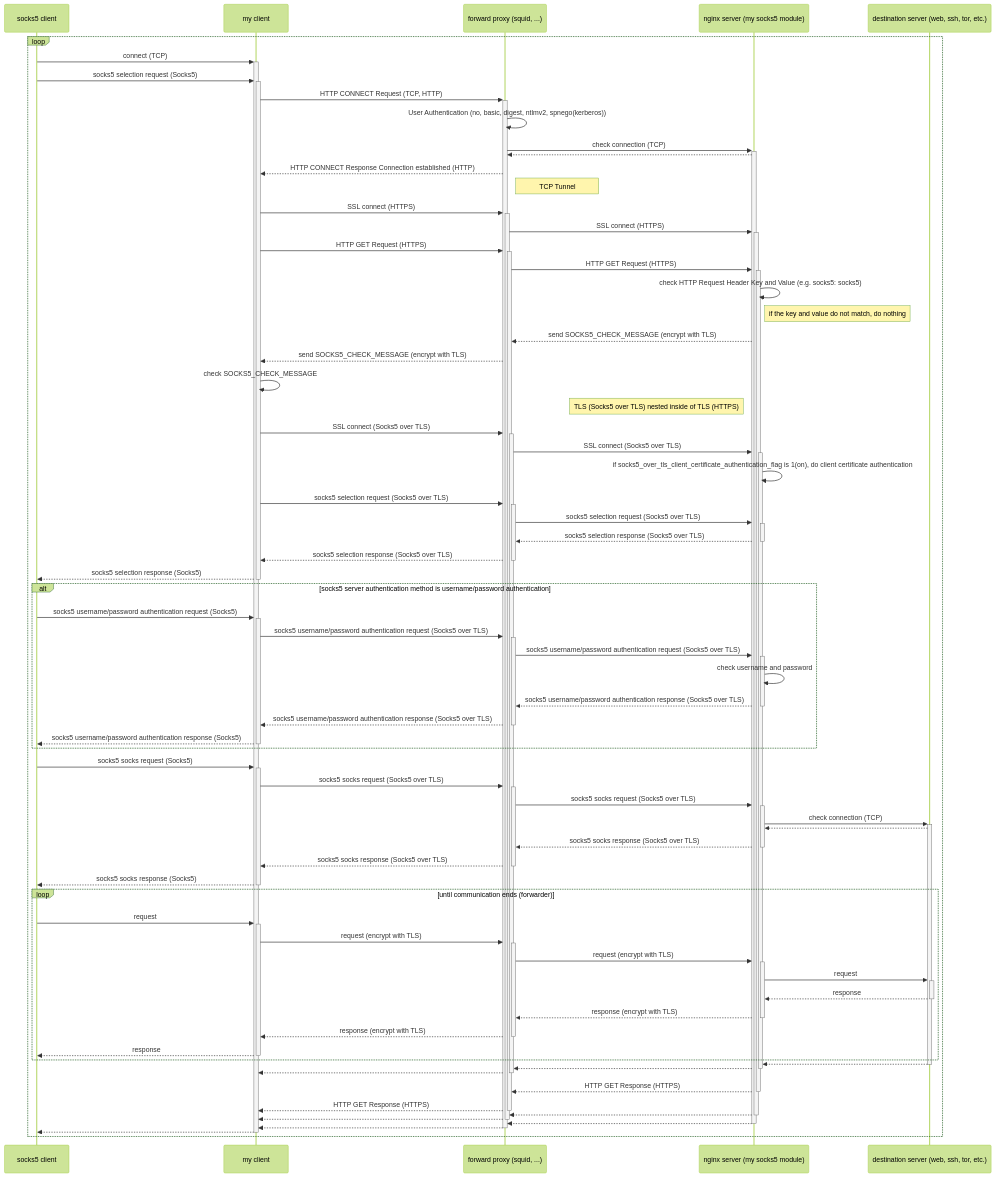
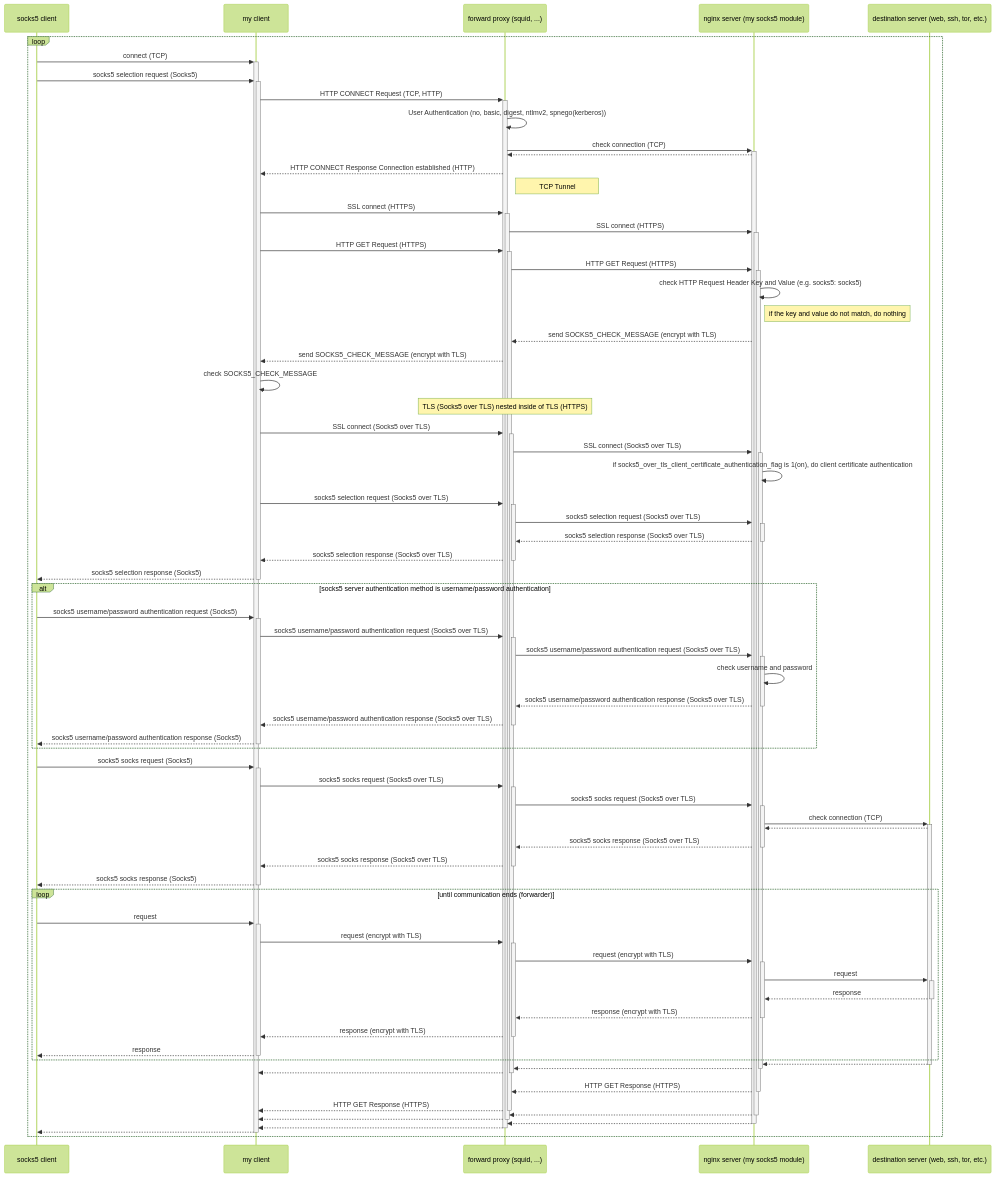
The third of 4 diagrams in README.md (shuichiro-endo/socks5-nginx-module-v2), drawn with Mermaid (forest theme) before and after one commit. The commit also changed other lines of this file, not shown here.

````diff
--- a/README.md
+++ b/README.md
@@ -128,73 +128,73 @@
 ```mermaid
 sequenceDiagram
     participant A as socks5 client
     participant B as my client
     participant C as forward proxy (squid, ...)
     participant D as nginx server (my socks5 module)
     participant E as destination server (web, ssh, tor, etc.)
     loop 
         A->>+B: connect (TCP)
         A->>+B: socks5 selection request (Socks5)
         B->>+C: HTTP CONNECT Request (TCP, HTTP)
         C->>C: User Authentication (no, basic, digest, ntlmv2, spnego(kerberos))
         C->>+D: check connection (TCP)
         D-->>C: 
         C-->>B: HTTP CONNECT Response Connection established (HTTP)
         note right of C: TCP Tunnel
         B->>+C: SSL connect (HTTPS)
         C->>+D: SSL connect (HTTPS)
         B->>+C: HTTP GET Request (HTTPS)
         C->>+D: HTTP GET Request (HTTPS)
         D->>D: check HTTP Request Header Key and Value (e.g. socks5: socks5)
         note right of D: if the key and value do not match, do nothing
         D-->>C: send SOCKS5_CHECK_MESSAGE (encrypt with TLS)
         C-->>B: send SOCKS5_CHECK_MESSAGE (encrypt with TLS)
         B->>B: check SOCKS5_CHECK_MESSAGE
-        note left of D: TLS (Socks5 over TLS) nested inside of TLS (HTTPS)
+        note over C: TLS (Socks5 over TLS) nested inside of TLS (HTTPS)
         B->>+C: SSL connect (Socks5 over TLS)
         C->>+D: SSL connect (Socks5 over TLS)
         D->>D: if socks5_over_tls_client_certificate_authentication_flag is 1(on), do client certificate authentication
         B->>+C: socks5 selection request (Socks5 over TLS)
         C->>+D: socks5 selection request (Socks5 over TLS)
         D-->>-C: socks5 selection response (Socks5 over TLS)
         C-->>-B: socks5 selection response (Socks5 over TLS)
         B-->>-A: socks5 selection response (Socks5)
         alt socks5 server authentication method is username/password authentication
         A->>+B: socks5 username/password authentication request (Socks5)
         B->>+C: socks5 username/password authentication request (Socks5 over TLS)
         C->>+D: socks5 username/password authentication request (Socks5 over TLS)
         D->>D: check username and password
         D-->>-C: socks5 username/password authentication response (Socks5 over TLS)
         C-->>-B: socks5 username/password authentication response (Socks5 over TLS)
         B-->>-A: socks5 username/password authentication response (Socks5)
         end
         A->>+B: socks5 socks request (Socks5)
         B->>+C: socks5 socks request (Socks5 over TLS)
         C->>+D: socks5 socks request (Socks5 over TLS)
         D->>+E: check connection (TCP)
         E-->>D: 
         D-->>-C: socks5 socks response (Socks5 over TLS)
         C-->>-B: socks5 socks response (Socks5 over TLS)
         B-->>-A: socks5 socks response (Socks5)
         loop until communication ends (forwarder)
             A->>+B: request
             B->>+C: request (encrypt with TLS)
             C->>+D: request (encrypt with TLS)
             D->>+E: request
             E-->>-D: response
             D-->>-C: response (encrypt with TLS)
             C-->>-B: response (encrypt with TLS)
             B-->>-A: response
         end
         E-->>-D: 
         D-->>-C: 
         C-->>-B: 
         D-->>-C: HTTP GET Response (HTTPS)
         C-->>-B: HTTP GET Response (HTTPS)
         D-->>-C: 
         C-->>-B: 
         D-->>-C: 
         C-->>-B: 
         B-->>-A: 
     end
 ```
````
